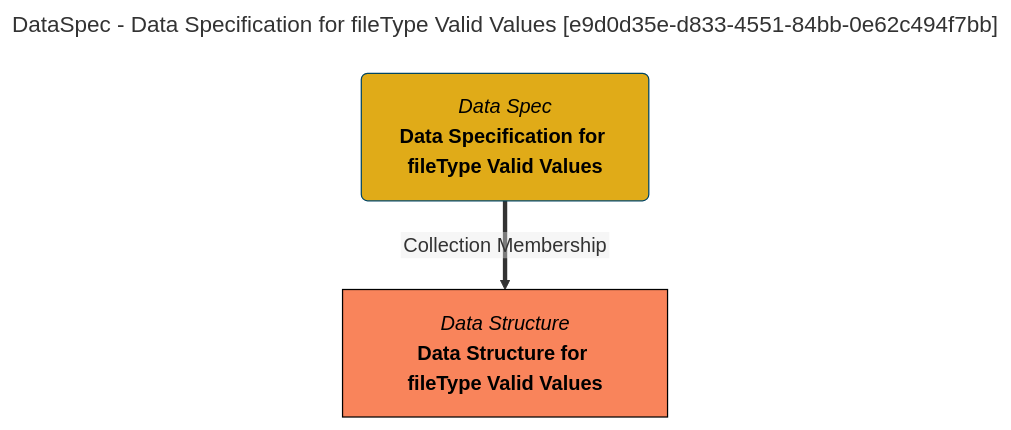
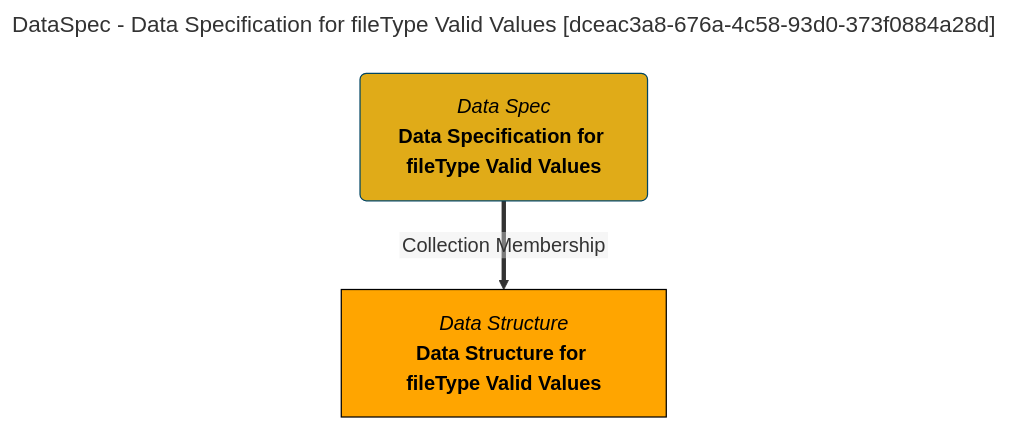
The diagram in site/snippets/collections/data-specs/data-specification-for-filetype-valid-values-mermaid-graph.md (odpi/egeria-docs), drawn with Mermaid before and after one commit. The commit also changed 2201 other files, not shown here.

````diff
--- a/site/snippets/collections/data-specs/data-specification-for-filetype-valid-values-mermaid-graph.md
+++ b/site/snippets/collections/data-specs/data-specification-for-filetype-valid-values-mermaid-graph.md
@@ -1,15 +1,15 @@
 ```mermaid
 ---
-title: DataSpec - Data Specification for fileType Valid Values [e9d0d35e-d833-4551-84bb-0e62c494f7bb]
+title: DataSpec - Data Specification for fileType Valid Values [dceac3a8-676a-4c58-93d0-373f0884a28d]
 ---
 flowchart TD
 %%{init: {"flowchart": {"htmlLabels": false}} }%%
 
 1@{ shape: rounded, label: "*Data Spec*
 **Data Specification for fileType Valid Values**"}
 2@{ shape: rect, label: "*Data Structure*
 **Data Structure for fileType Valid Values**"}
 1==>|"Collection Membership"|2
 style 1 color:#000000, fill:#e0ab18, stroke:#004563
-style 2 color:#000000, fill:#f9845b, stroke:#000000
+style 2 color:#000000, fill:#FFA500, stroke:#000000
 ```
````
